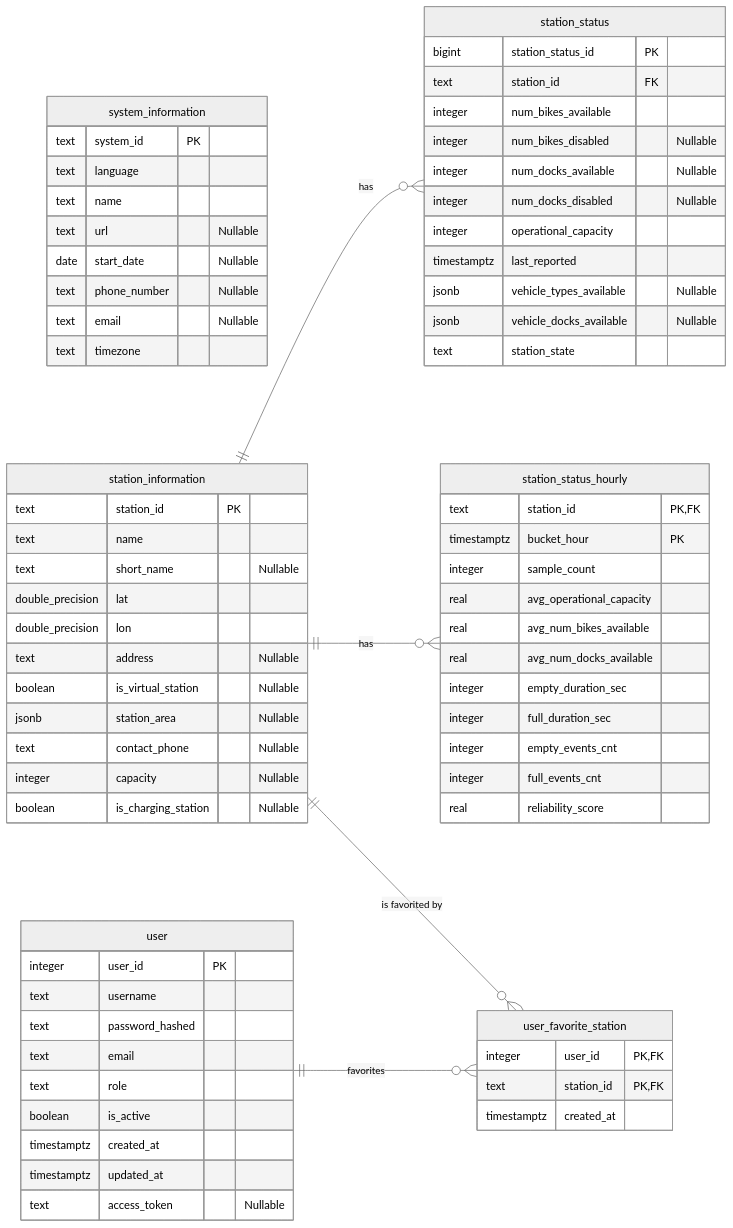
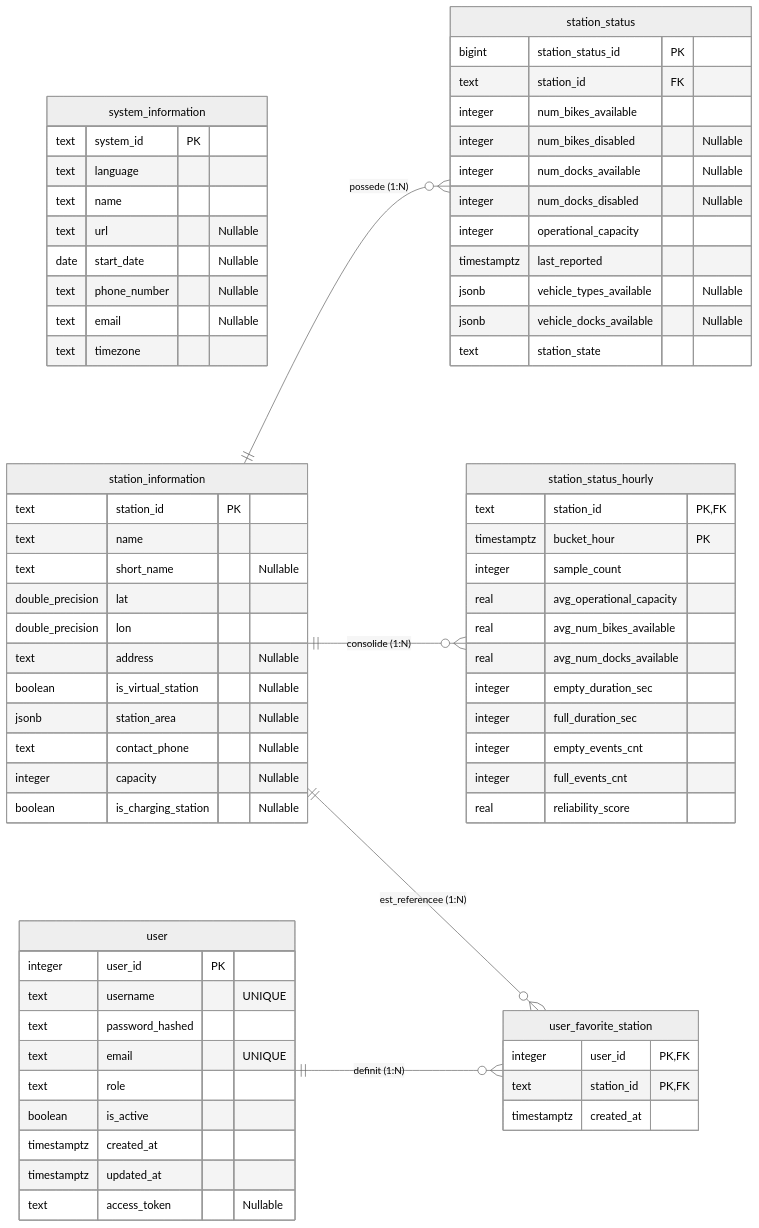
Before and after one commit to nathanlaimant/ensai-it-project-2a-team30: the diagram in doc/entity_relationship_diagram.md, drawn with Mermaid (neutral theme). The commit also changed other lines of this file and 5 other files, not shown here.

Commit message:
doc: "Architecture globale" (in progress)

````diff
--- a/doc/entity_relationship_diagram.md
+++ b/doc/entity_relationship_diagram.md
@@ -12,7 +22,6 @@
     %% ═══════════════════════════════════════════════
     %% SYSTEM INFORMATION
     %% ═══════════════════════════════════════════════
-
     system_information {
         text system_id PK
         text language
@@ -27,7 +36,6 @@
     %% ═══════════════════════════════════════════════
     %% STATION INFORMATION
     %% ═══════════════════════════════════════════════
-
     station_information {
         text station_id PK
         text name
@@ -45,7 +53,6 @@
     %% ═══════════════════════════════════════════════
     %% STATION STATUS
     %% ═══════════════════════════════════════════════
-
     station_status {
         bigint station_status_id PK
         text station_id FK
@@ -60,12 +67,9 @@
         text station_state
     }
 
-    station_information ||--o{ station_status : "has"
-
     %% ═══════════════════════════════════════════════
     %% STATION_STATUS_HOURLY
     %% ═══════════════════════════════════════════════
-
     station_status_hourly {
         text station_id PK,FK
         timestamptz bucket_hour PK
@@ -80,17 +84,14 @@
         real reliability_score
     }
 
-    station_information ||--o{ station_status_hourly : "has"
-
     %% ═══════════════════════════════════════════════
     %% USER & FAVORITES
     %% ═══════════════════════════════════════════════
-
     user {
         integer user_id PK
-        text username
+        text username "UNIQUE"
         text password_hashed
-        text email
+        text email "UNIQUE"
         text role
         boolean is_active
         timestamptz created_at
@@ -104,6 +105,8 @@
         timestamptz created_at
     }
 
-    user ||--o{ user_favorite_station : "favorites"
-    station_information ||--o{ user_favorite_station : "is favorited by"
+    station_information ||--o{ station_status : "possede (1:N)"
+    station_information ||--o{ station_status_hourly : "consolide (1:N)"
+    user ||--o{ user_favorite_station : "definit (1:N)"
+    station_information ||--o{ user_favorite_station : "est_referencee (1:N)"
 ```
````
